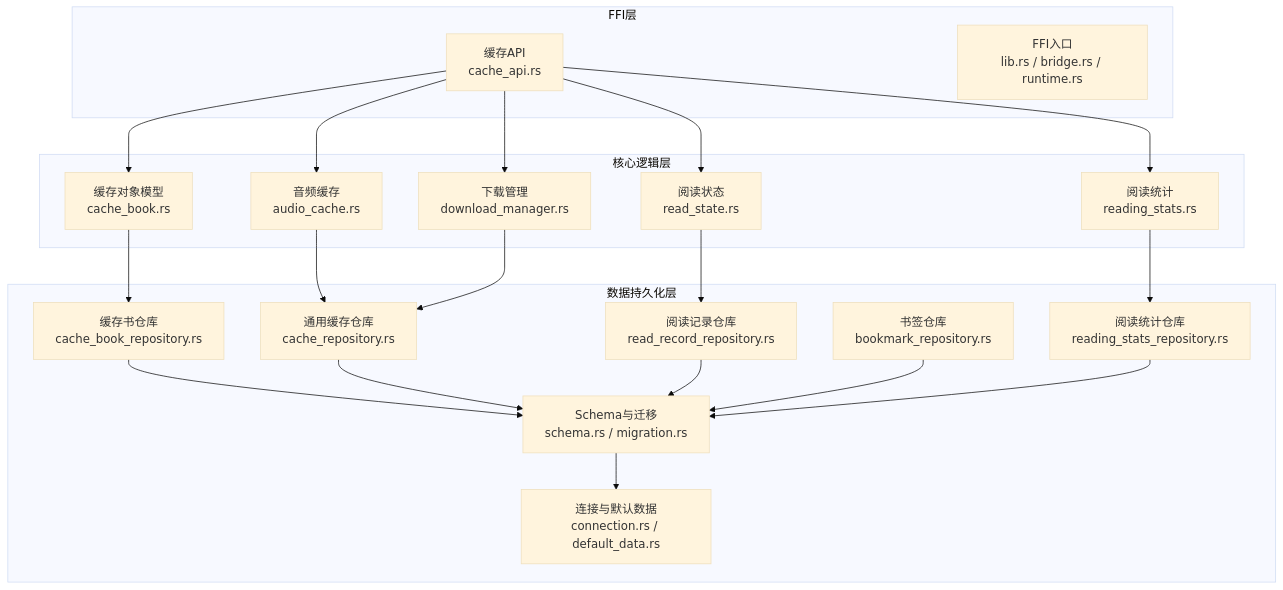
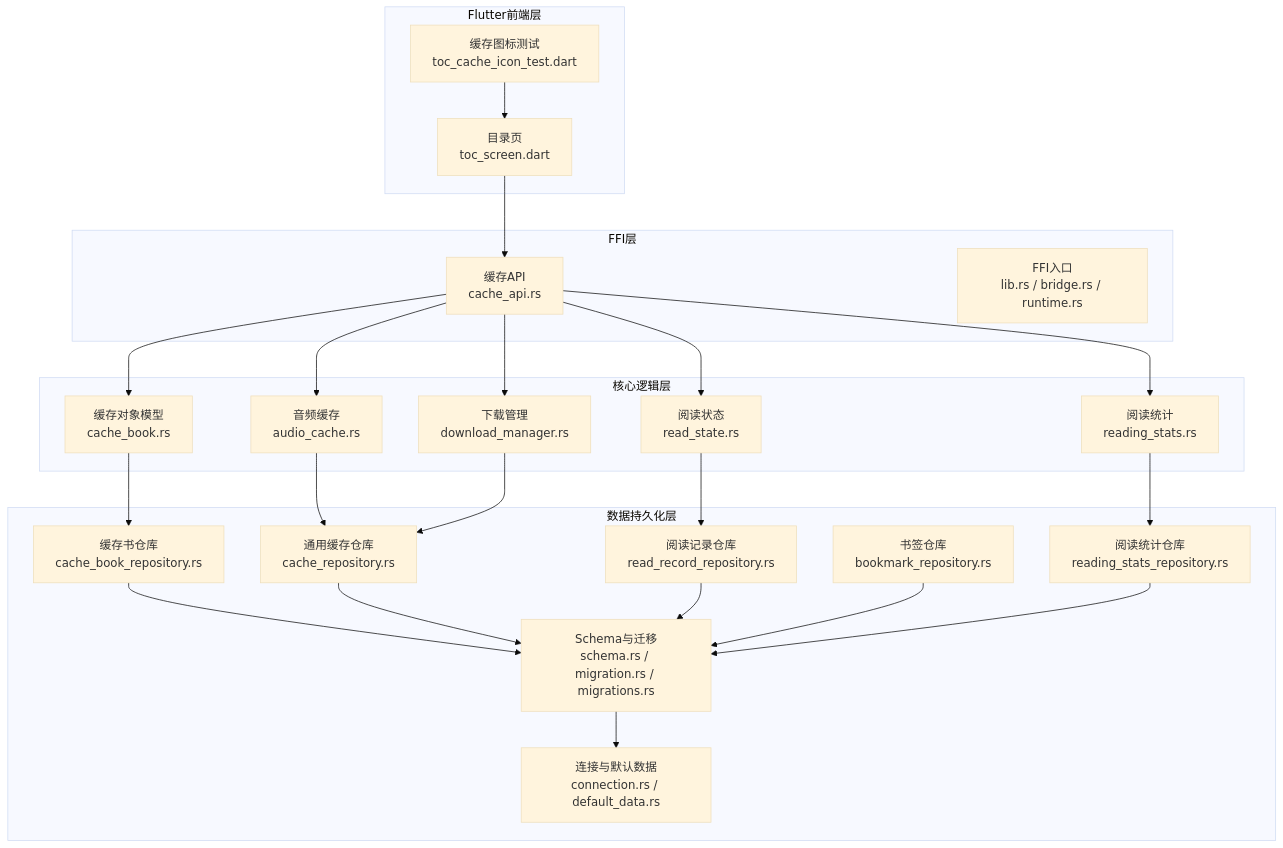
The first of 7 diagrams in .qoder/repowiki/zh/content/书籍处理系统/缓存管理.md (ZhangGHGitHub/LegadoTeamFlutter), drawn with Mermaid (base theme) before and after one commit. The commit also changed other lines of this file and 173 other files, not shown here.

````diff
--- a/.qoder/repowiki/zh/content/书籍处理系统/缓存管理.md
+++ b/.qoder/repowiki/zh/content/书籍处理系统/缓存管理.md
@@ -61,39 +68,45 @@
 ```mermaid
 graph TB
 subgraph "FFI层"
 FFI_API["缓存API<br/>cache_api.rs"]
 FFI_LIB["FFI入口<br/>lib.rs / bridge.rs / runtime.rs"]
 end
 subgraph "核心逻辑层"
 CORE_CACHE["缓存对象模型<br/>cache_book.rs"]
 CORE_READ_STATE["阅读状态<br/>read_state.rs"]
 CORE_STATS["阅读统计<br/>reading_stats.rs"]
 CORE_AUDIO_CACHE["音频缓存<br/>audio_cache.rs"]
 CORE_DOWNLOAD["下载管理<br/>download_manager.rs"]
 end
 subgraph "数据持久化层"
 DB_REPO_CACHE_BOOK["缓存书仓库<br/>cache_book_repository.rs"]
 DB_REPO_CACHE["通用缓存仓库<br/>cache_repository.rs"]
 DB_REPO_READ_RECORD["阅读记录仓库<br/>read_record_repository.rs"]
 DB_REPO_BOOKMARK["书签仓库<br/>bookmark_repository.rs"]
 DB_REPO_STATS["阅读统计仓库<br/>reading_stats_repository.rs"]
-DB_SCHEMA["Schema与迁移<br/>schema.rs / migration.rs"]
+DB_SCHEMA["Schema与迁移<br/>schema.rs / migration.rs / migrations.rs"]
 DB_CONN["连接与默认数据<br/>connection.rs / default_data.rs"]
+end
+subgraph "Flutter前端层"
+FLUTTER_TOC["目录页<br/>toc_screen.dart"]
+FLUTTER_TEST["缓存图标测试<br/>toc_cache_icon_test.dart"]
 end
 FFI_API --> CORE_CACHE
 FFI_API --> CORE_READ_STATE
 FFI_API --> CORE_STATS
 FFI_API --> CORE_AUDIO_CACHE
 FFI_API --> CORE_DOWNLOAD
 CORE_CACHE --> DB_REPO_CACHE_BOOK
 CORE_READ_STATE --> DB_REPO_READ_RECORD
 CORE_STATS --> DB_REPO_STATS
 CORE_AUDIO_CACHE --> DB_REPO_CACHE
 CORE_DOWNLOAD --> DB_REPO_CACHE
 DB_REPO_CACHE_BOOK --> DB_SCHEMA
 DB_REPO_CACHE --> DB_SCHEMA
 DB_REPO_READ_RECORD --> DB_SCHEMA
 DB_REPO_BOOKMARK --> DB_SCHEMA
 DB_REPO_STATS --> DB_SCHEMA
 DB_SCHEMA --> DB_CONN
+FLUTTER_TOC --> FFI_API
+FLUTTER_TEST --> FLUTTER_TOC
 ```
````
